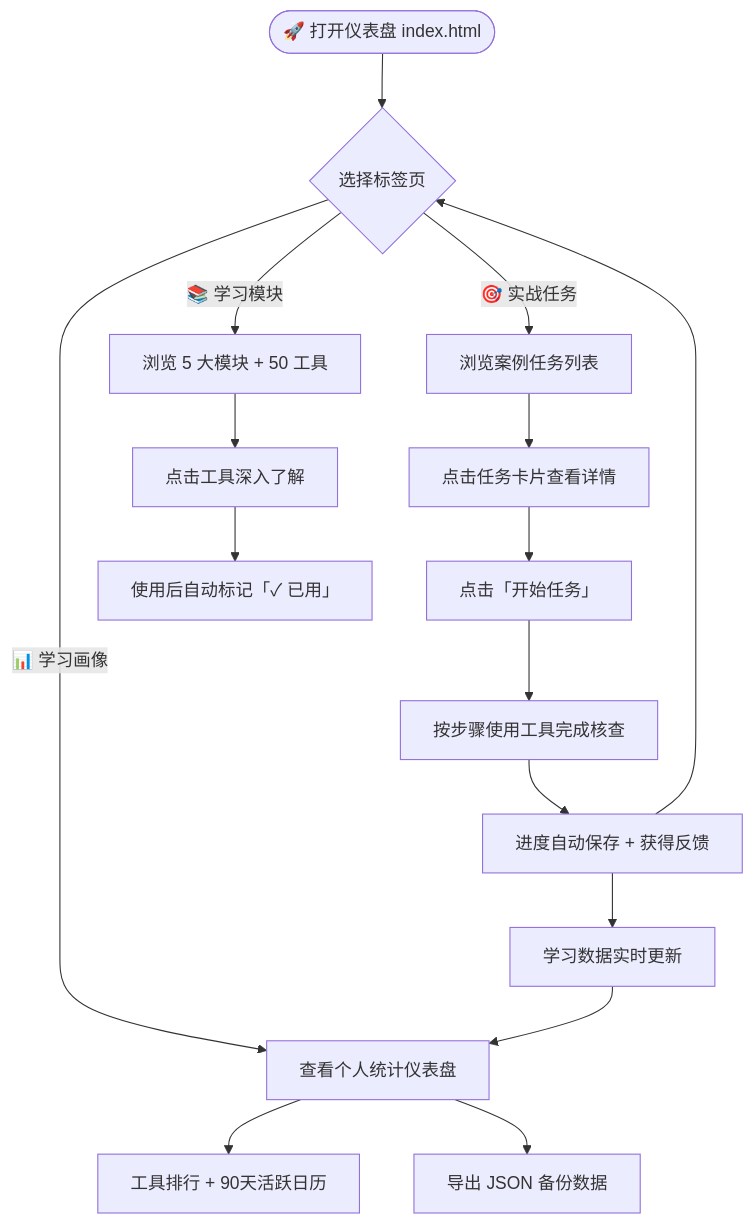
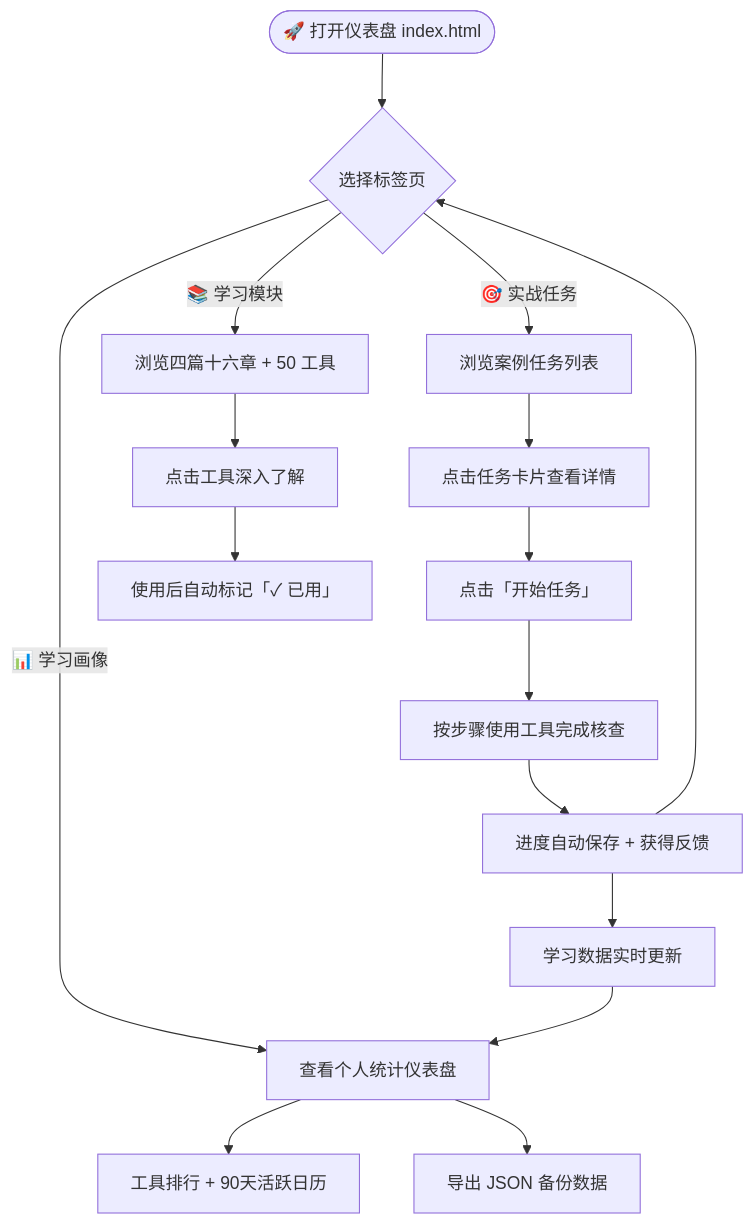
Before and after one commit to Yuuqq/P00-dashboard: the diagram in README.md, drawn with Mermaid. The commit also changed other lines of this file and 6 other files, not shown here.

Commit message:
docs: 对齐《新闻传播AI应用教程》- 教学面板新增教材定位/核心术语/实操练习，README 增加教学使用说明（40分钟课堂流程），P00 学习模块改为四篇十六章视图

````diff
--- a/README.md
+++ b/README.md
@@ -65,22 +79,22 @@
 ```mermaid
 flowchart TD
     Start([🚀 打开仪表盘 index.html]) --> Tab1{选择标签页}
     
     Tab1 -->|🎯 实战任务| Mission[浏览案例任务列表]
     Mission --> Detail[点击任务卡片查看详情]
     Detail --> StartMission[点击「开始任务」]
     StartMission --> Steps[按步骤使用工具完成核查]
     Steps --> Progress[进度自动保存 + 获得反馈]
     Progress --> StatsUpdate[学习数据实时更新]
     
-    Tab1 -->|📚 学习模块| Modules[浏览 5 大模块 + 50 工具]
+    Tab1 -->|📚 学习模块| Modules[浏览四篇十六章 + 50 工具]
     Modules --> Tool[点击工具深入了解]
     Tool --> Record[使用后自动标记「✓ 已用」]
     
     Tab1 -->|📊 学习画像| Stats[查看个人统计仪表盘]
     Stats --> Chart[工具排行 + 90天活跃日历]
     Stats --> Export[导出 JSON 备份数据]
     
     StatsUpdate --> Stats
     Progress --> Tab1
 ```
````
